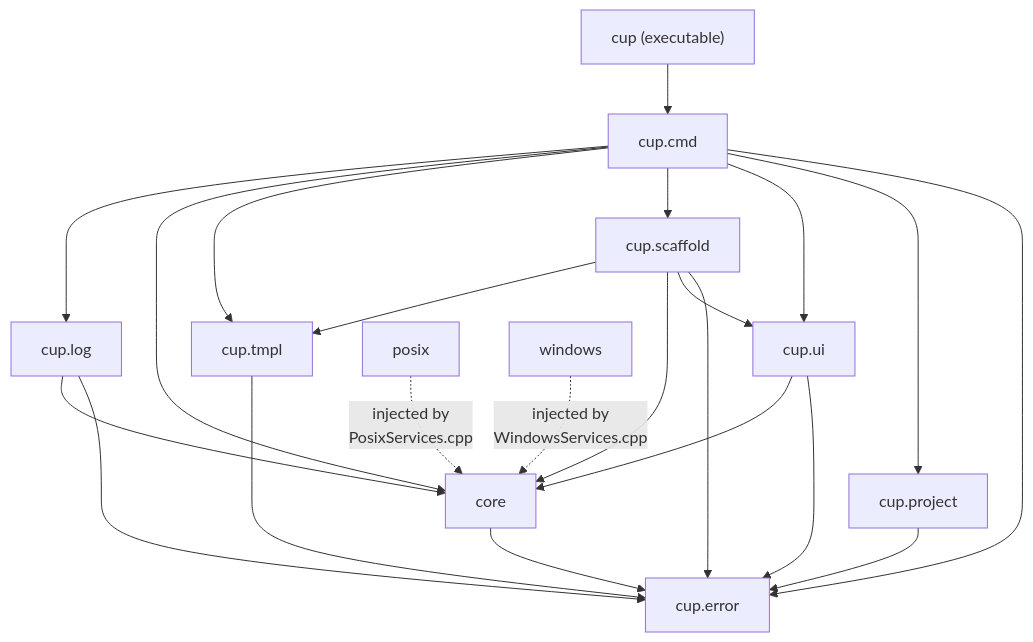
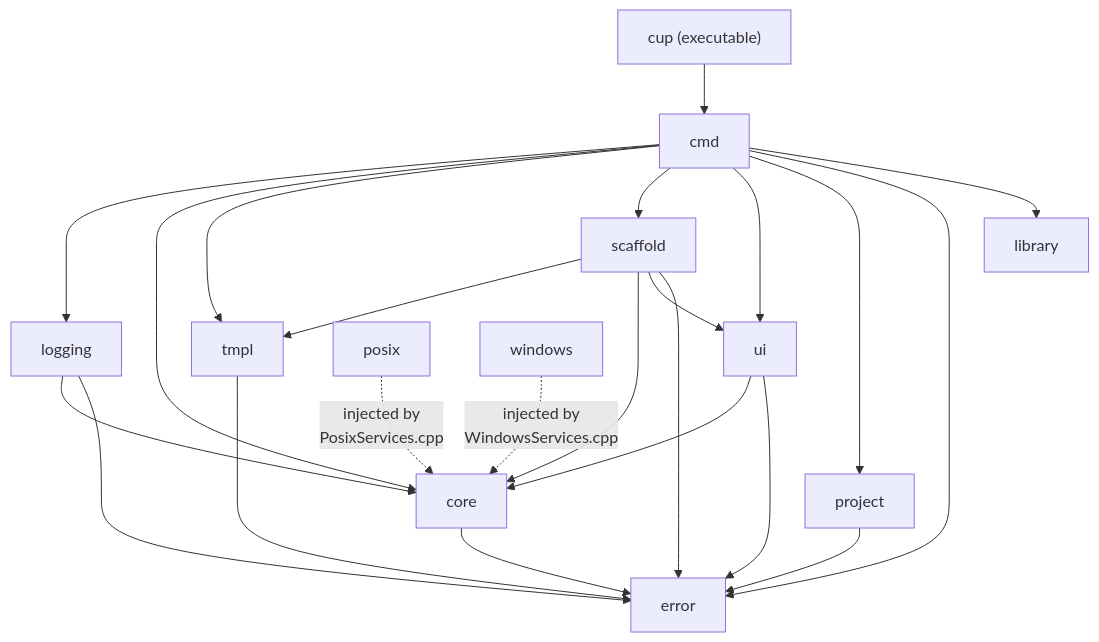
Before and after one commit to DrHurel/cup: the first of 2 diagrams in README.md, drawn with Mermaid. The commit also changed other lines of this file and 196 other files, not shown here.

````diff
--- a/README.md
+++ b/README.md
@@ -295,27 +296,28 @@
 ```mermaid
 graph TD
-    main["cup (executable)"] --> cmd[cup.cmd]
-    cmd --> error[cup.error]
-    cmd --> project[cup.project]
-    cmd --> ui[cup.ui]
-    cmd --> scaffold[cup.scaffold]
-    cmd --> tmpl[cup.tmpl]
+    main["cup (executable)"] --> cmd[cmd]
+    cmd --> library[library]
+    cmd --> error[error]
+    cmd --> project[project]
+    cmd --> ui[ui]
+    cmd --> scaffold[scaffold]
+    cmd --> tmpl[tmpl]
     cmd --> platform[core]
-    cmd --> log[cup.log]
+    cmd --> log[logging]
 
     scaffold --> error
     scaffold --> ui
     scaffold --> platform
     scaffold --> tmpl
 
     ui --> error
     ui --> platform
 
     log --> error
     log --> platform
     platform --> error
     posix["posix"] -. "injected by<br/>PosixServices.cpp" .-> platform
     windows["windows"] -. "injected by<br/>WindowsServices.cpp" .-> platform
     project --> error
     tmpl --> error
 ```
````
